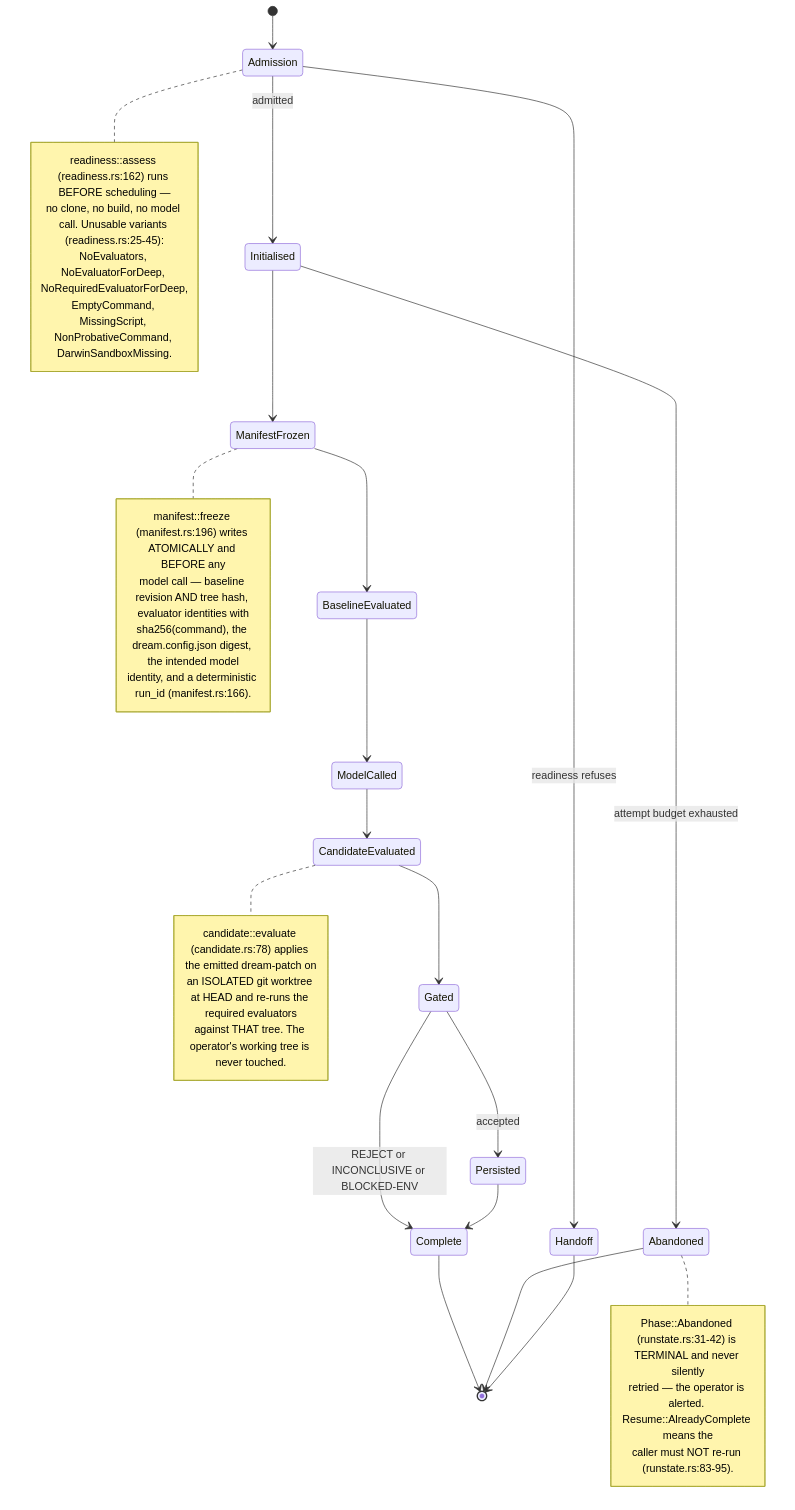
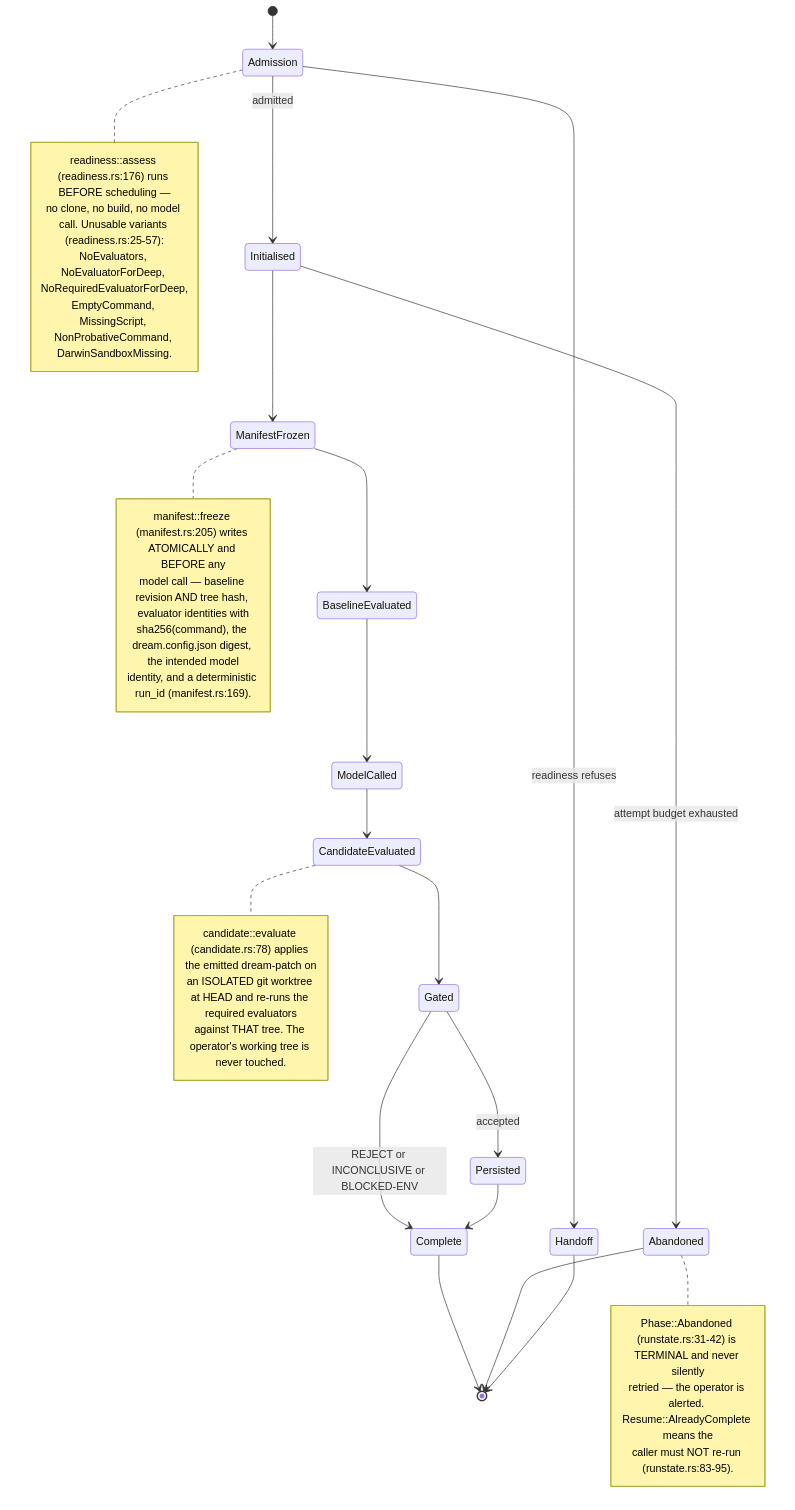
Before and after one commit to DreamLab-AI/VisionFlow: the first of 20 diagrams in docs/diagrams/agentbox/23-dream-engine.md, drawn with Mermaid. The commit also changed other lines of this file and 111 other files, not shown here.

Commit message:
docs(diagrams): align estate maps with current source

````diff
--- a/docs/diagrams/agentbox/23-dream-engine.md
+++ b/docs/diagrams/agentbox/23-dream-engine.md
@@ -60,40 +60,40 @@
 ```mermaid
 stateDiagram-v2
     [*] --> Admission
     Admission --> Handoff : readiness refuses
     note right of Admission
-        readiness::assess (readiness.rs:162) runs BEFORE scheduling —
-        no clone, no build, no model call. Unusable variants (readiness.rs:25-45):
+        readiness::assess (readiness.rs:176) runs BEFORE scheduling —
+        no clone, no build, no model call. Unusable variants (readiness.rs:25-57):
         NoEvaluators, NoEvaluatorForDeep, NoRequiredEvaluatorForDeep,
         EmptyCommand, MissingScript, NonProbativeCommand, DarwinSandboxMissing.
     end note
     Admission --> Initialised : admitted
     Initialised --> ManifestFrozen
     note right of ManifestFrozen
-        manifest::freeze (manifest.rs:196) writes ATOMICALLY and BEFORE any
+        manifest::freeze (manifest.rs:205) writes ATOMICALLY and BEFORE any
         model call — baseline revision AND tree hash, evaluator identities with
         sha256(command), the dream.config.json digest, the intended model
-        identity, and a deterministic run_id (manifest.rs:166).
+        identity, and a deterministic run_id (manifest.rs:169).
     end note
     ManifestFrozen --> BaselineEvaluated
     BaselineEvaluated --> ModelCalled
     ModelCalled --> CandidateEvaluated
     note right of CandidateEvaluated
         candidate::evaluate (candidate.rs:78) applies the emitted dream-patch on
         an ISOLATED git worktree at HEAD and re-runs the required evaluators
         against THAT tree. The operator's working tree is never touched.
     end note
     CandidateEvaluated --> Gated
     Gated --> Persisted : accepted
     Gated --> Complete : REJECT or INCONCLUSIVE or BLOCKED-ENV
     Persisted --> Complete
     Complete --> [*]
     Initialised --> Abandoned : attempt budget exhausted
     note right of Abandoned
         Phase::Abandoned (runstate.rs:31-42) is TERMINAL and never silently
         retried — the operator is alerted. Resume::AlreadyComplete means the
         caller must NOT re-run (runstate.rs:83-95).
     end note
     Abandoned --> [*]
     Handoff --> [*]
 ```
````
